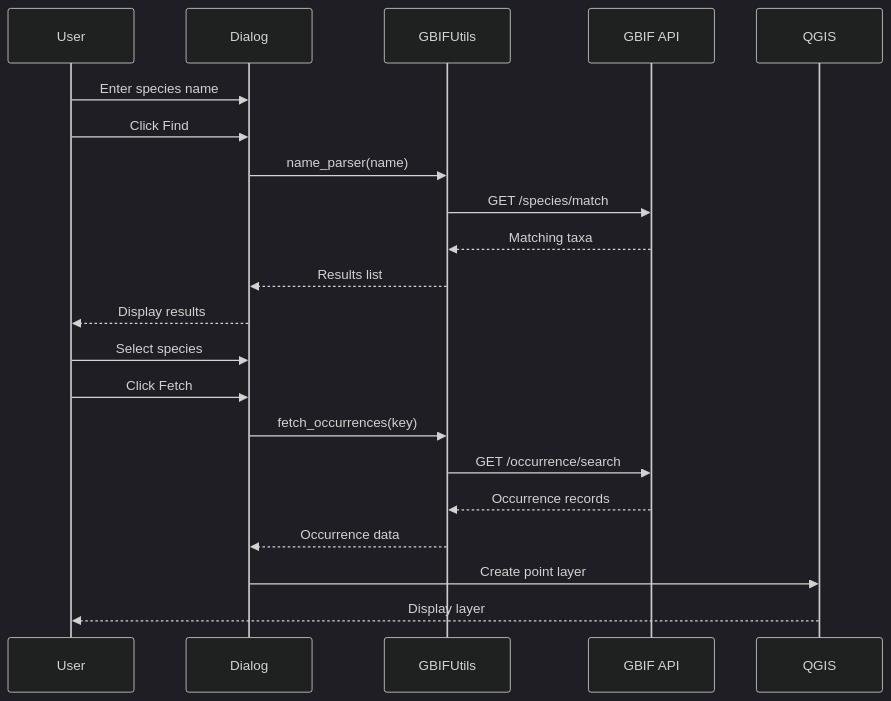
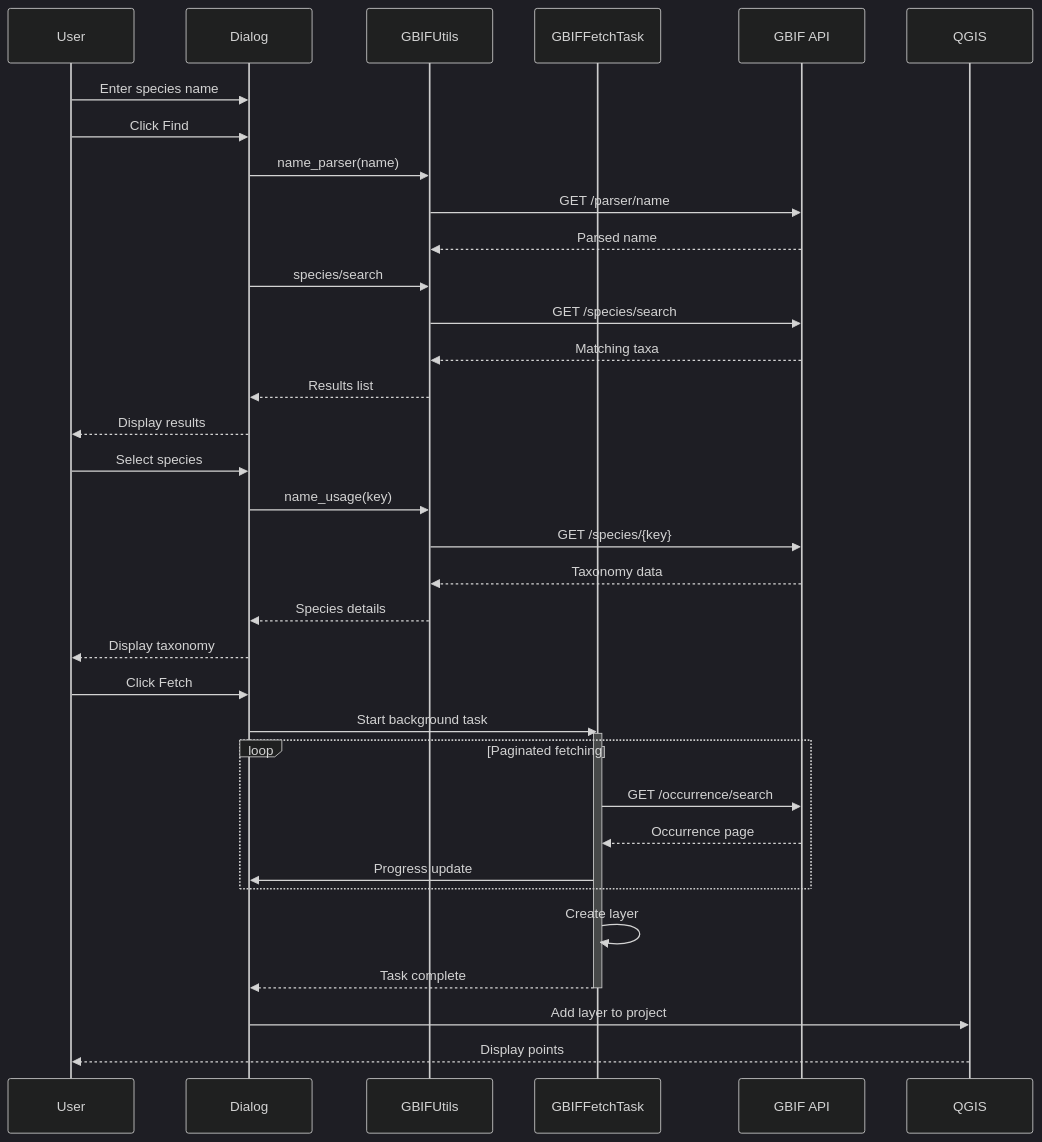
Before and after one commit to kartoza/SpeciesExplorer: the second of 4 diagrams in docs/developer/architecture.md, drawn with Mermaid (dark theme). The commit also changed other lines of this file and 5 other files, not shown here.

````diff
--- a/docs/developer/architecture.md
+++ b/docs/developer/architecture.md
@@ -90,25 +223,44 @@
 ```mermaid
 sequenceDiagram
     participant User
     participant Dialog
     participant GBIFUtils
+    participant GBIFFetchTask
     participant GBIF API
     participant QGIS
 
     User->>Dialog: Enter species name
     User->>Dialog: Click Find
     Dialog->>GBIFUtils: name_parser(name)
-    GBIFUtils->>GBIF API: GET /species/match
+    GBIFUtils->>GBIF API: GET /parser/name
+    GBIF API-->>GBIFUtils: Parsed name
+    Dialog->>GBIFUtils: species/search
+    GBIFUtils->>GBIF API: GET /species/search
     GBIF API-->>GBIFUtils: Matching taxa
     GBIFUtils-->>Dialog: Results list
     Dialog-->>User: Display results
 
     User->>Dialog: Select species
+    Dialog->>GBIFUtils: name_usage(key)
+    GBIFUtils->>GBIF API: GET /species/{key}
+    GBIF API-->>GBIFUtils: Taxonomy data
+    GBIFUtils-->>Dialog: Species details
+    Dialog-->>User: Display taxonomy
+
     User->>Dialog: Click Fetch
-    Dialog->>GBIFUtils: fetch_occurrences(key)
-    GBIFUtils->>GBIF API: GET /occurrence/search
-    GBIF API-->>GBIFUtils: Occurrence records
-    GBIFUtils-->>Dialog: Occurrence data
-    Dialog->>QGIS: Create point layer
-    QGIS-->>User: Display layer
+    Dialog->>GBIFFetchTask: Start background task
+    activate GBIFFetchTask
+
+    loop Paginated fetching
+        GBIFFetchTask->>GBIF API: GET /occurrence/search
+        GBIF API-->>GBIFFetchTask: Occurrence page
+        GBIFFetchTask->>Dialog: Progress update
+    end
+
+    GBIFFetchTask->>GBIFFetchTask: Create layer
+    GBIFFetchTask-->>Dialog: Task complete
+    deactivate GBIFFetchTask
+
+    Dialog->>QGIS: Add layer to project
+    QGIS-->>User: Display points
 ```
````
